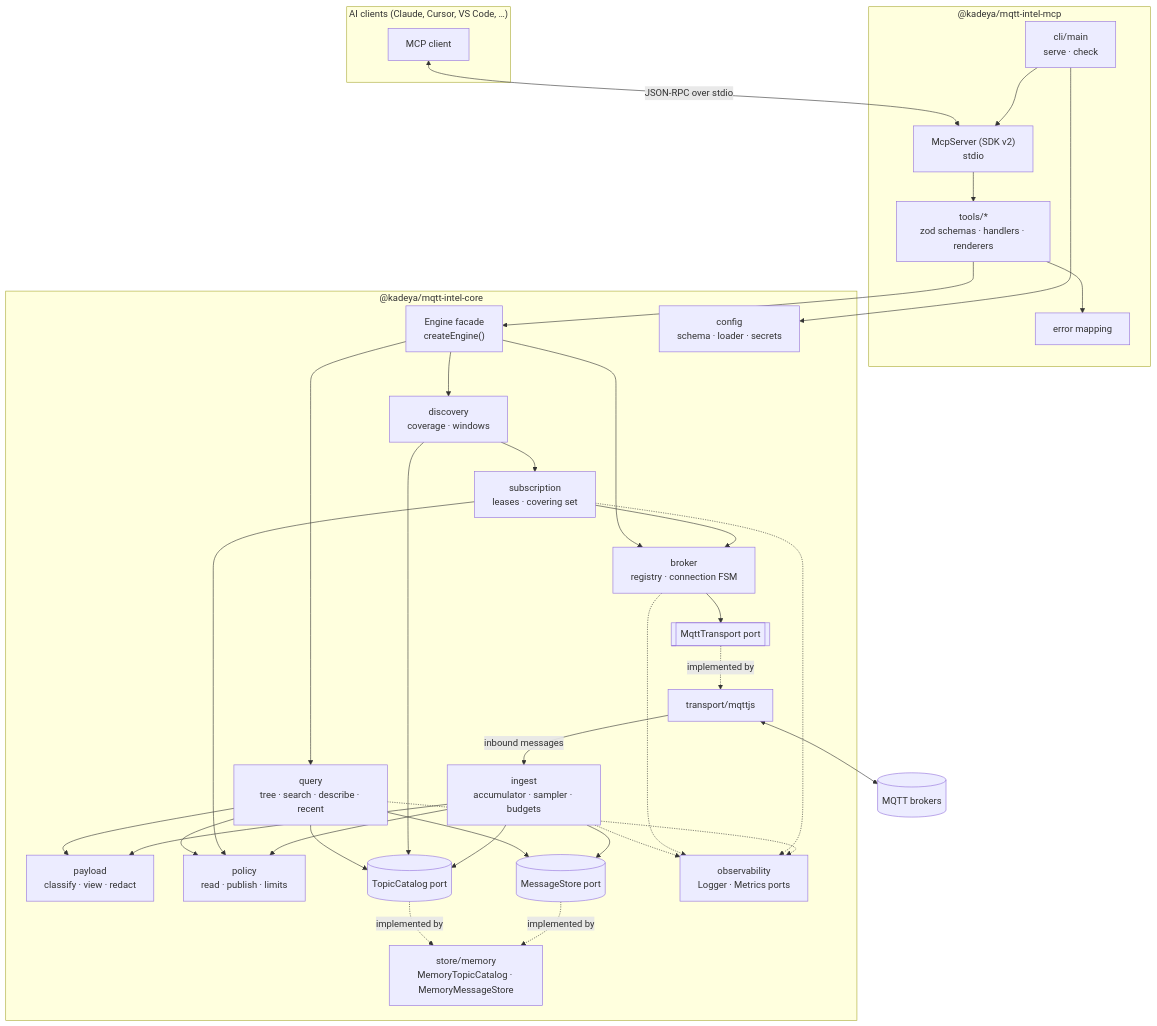
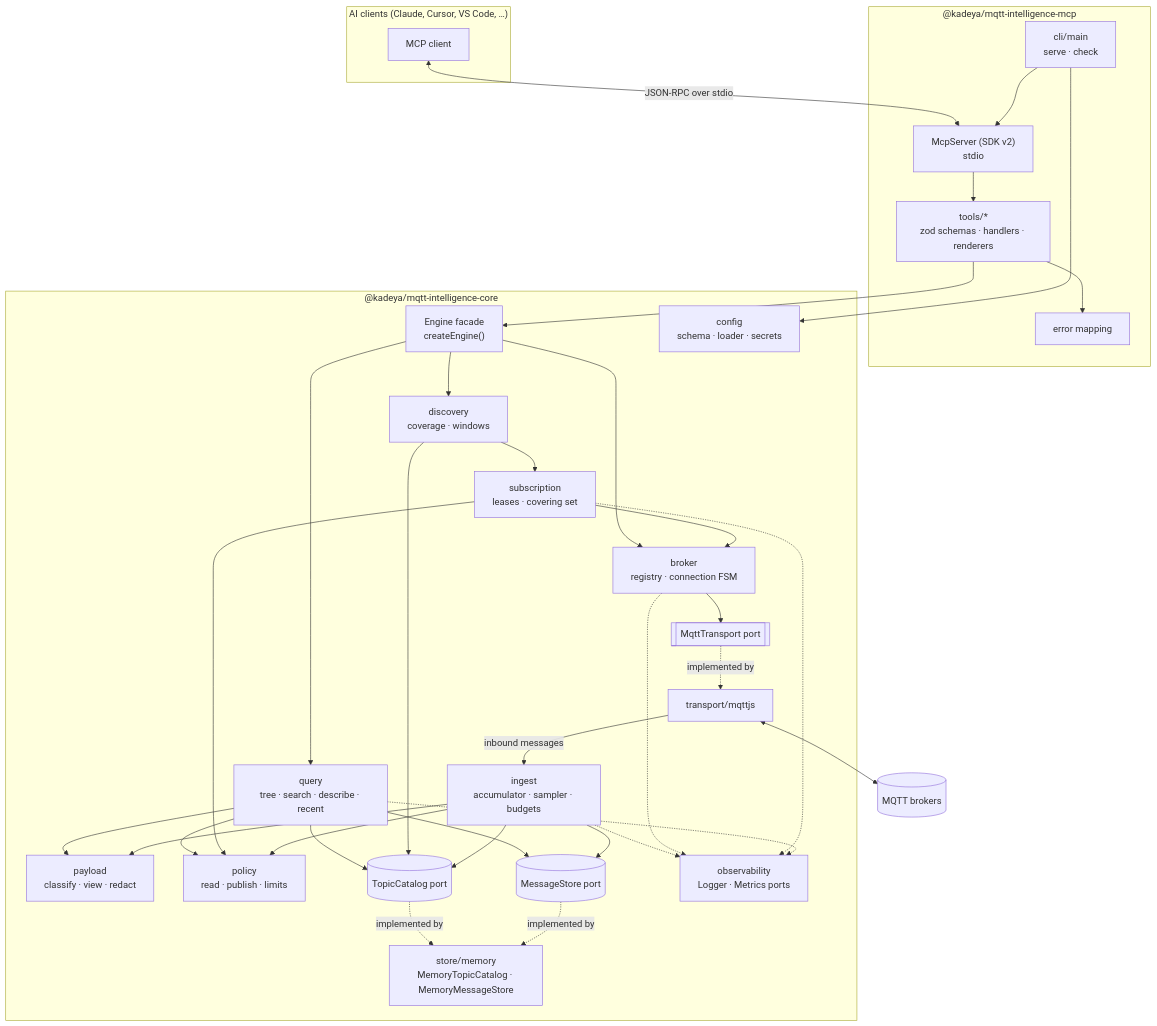
The first of 6 diagrams in docs/proposal/03-architecture.md (kadeyaorg/mqtt-intelligence-mcp), drawn with Mermaid before and after one commit. The commit also changed other lines of this file and 63 other files, not shown here.

````diff
--- a/docs/proposal/03-architecture.md
+++ b/docs/proposal/03-architecture.md
@@ -96,49 +96,49 @@
 ```mermaid
 flowchart TB
   subgraph Clients["AI clients (Claude, Cursor, VS Code, …)"]
     A[MCP client]
   end
 
-  subgraph MCP["@kadeya/mqtt-intel-mcp"]
+  subgraph MCP["@kadeya/mqtt-intelligence-mcp"]
     CLI["cli/main<br/>serve · check"]
     SRV["McpServer (SDK v2)<br/>stdio"]
     TOOLS["tools/*<br/>zod schemas · handlers · renderers"]
     ERR["error mapping"]
   end
 
-  subgraph CORE["@kadeya/mqtt-intel-core"]
+  subgraph CORE["@kadeya/mqtt-intelligence-core"]
     ENG["Engine facade<br/>createEngine()"]
     Q["query<br/>tree · search · describe · recent"]
     DISC["discovery<br/>coverage · windows"]
     ING["ingest<br/>accumulator · sampler · budgets"]
     PAY["payload<br/>classify · view · redact"]
     POL["policy<br/>read · publish · limits"]
     SUB["subscription<br/>leases · covering set"]
     BRK["broker<br/>registry · connection FSM"]
     CAT[("TopicCatalog port")]
     MS[("MessageStore port")]
     MEM["store/memory<br/>MemoryTopicCatalog · MemoryMessageStore"]
     TP[["MqttTransport port"]]
     MQJS["transport/mqttjs"]
     OBS["observability<br/>Logger · Metrics ports"]
     CFG["config<br/>schema · loader · secrets"]
   end
 
   BROKERS[(MQTT brokers)]
 
   A <-->|JSON-RPC over stdio| SRV
   CLI --> SRV --> TOOLS --> ENG
   TOOLS --> ERR
   CLI --> CFG
   ENG --> Q & DISC & BRK
   Q --> CAT & MS & PAY & POL
   DISC --> SUB & CAT
   BRK --> TP
   SUB --> POL & BRK
   TP -.implemented by.-> MQJS
   MQJS <--> BROKERS
   MQJS -->|inbound messages| ING
   ING --> POL & PAY & CAT & MS
   CAT & MS -.implemented by.-> MEM
   ING & BRK & SUB & Q -.-> OBS
 ```
````
